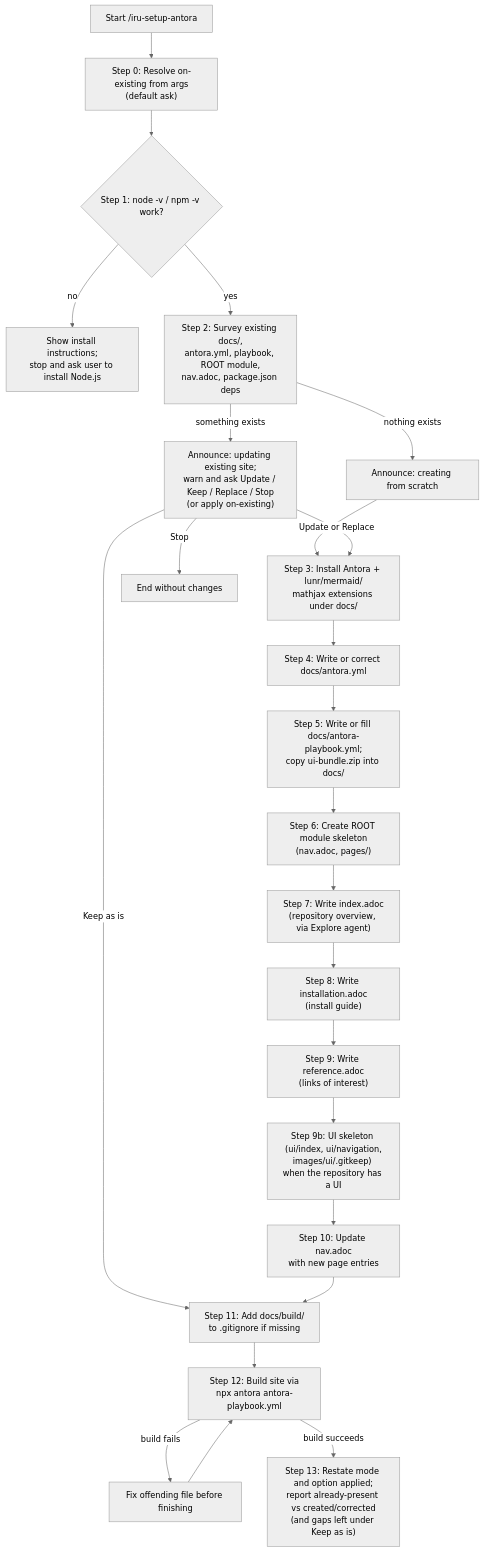
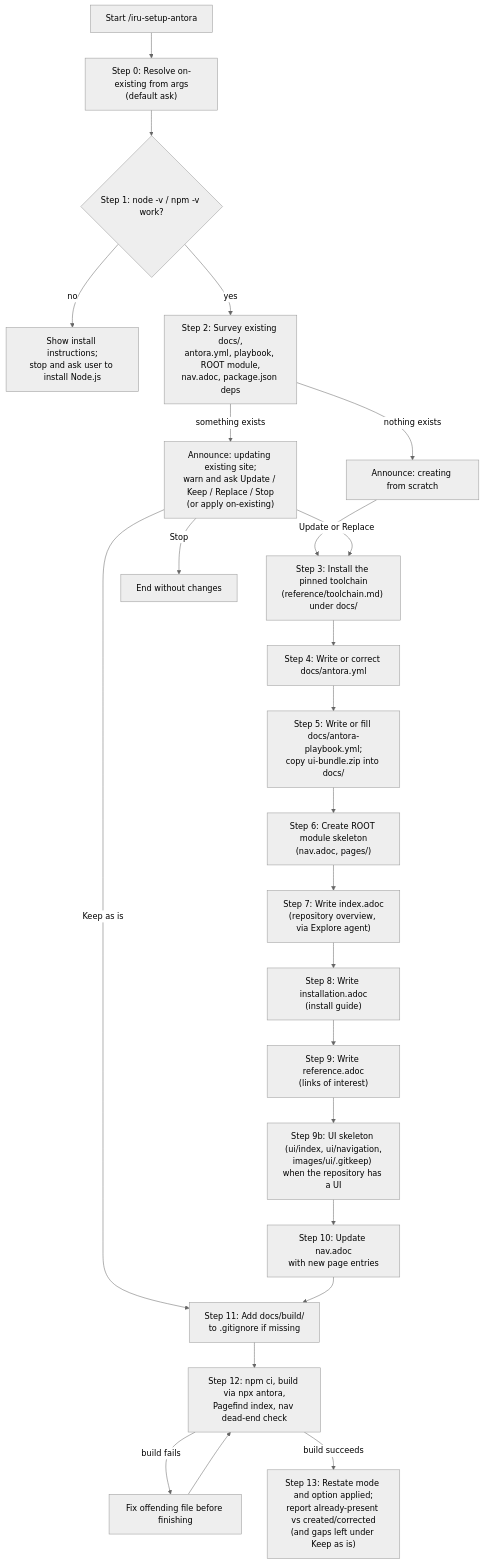
The diagram in docs/modules/ROOT/pages/skills/iru-setup-antora.adoc (albertoirurueta/ai-catalog), drawn with Mermaid (neutral theme) before and after one commit. The commit also changed other lines of this file and 6419 other files, not shown here.

First line of the commit message:
Update Antora setup to 3.2.2 (pinned, npm ci, Pagefind) and add an iru-update-antora skill (#35) (#36)

```diff
--- a/docs/modules/ROOT/pages/skills/iru-setup-antora.adoc
+++ b/docs/modules/ROOT/pages/skills/iru-setup-antora.adoc
@@ -96,27 +100,27 @@
 [mermaid]
 ....
 flowchart TD
     A[Start /iru-setup-antora] --> A0["Step 0: Resolve on-existing from args\n(default ask)"]
     A0 --> B{"Step 1: node -v / npm -v work?"}
     B -- no --> C["Show install instructions;\nstop and ask user to install Node.js"]
     B -- yes --> D["Step 2: Survey existing docs/,\nantora.yml, playbook, ROOT module,\nnav.adoc, package.json deps"]
     D -- nothing exists --> D1["Announce: creating from scratch"]
     D1 --> E
     D -- something exists --> D2["Announce: updating existing site;\nwarn and ask Update / Keep / Replace / Stop\n(or apply on-existing)"]
     D2 -- Stop --> Z["End without changes"]
     D2 -- Keep as is --> M
-    D2 -- Update or Replace --> E["Step 3: Install Antora + lunr/mermaid/\nmathjax extensions under docs/"]
+    D2 -- Update or Replace --> E["Step 3: Install the pinned toolchain\n(reference/toolchain.md) under docs/"]
     E --> F["Step 4: Write or correct docs/antora.yml"]
     F --> G["Step 5: Write or fill docs/antora-playbook.yml;\ncopy ui-bundle.zip into docs/"]
     G --> H["Step 6: Create ROOT module skeleton\n(nav.adoc, pages/)"]
     H --> I["Step 7: Write index.adoc\n(repository overview, via Explore agent)"]
     I --> J["Step 8: Write installation.adoc\n(install guide)"]
     J --> K["Step 9: Write reference.adoc\n(links of interest)"]
     K --> K2["Step 9b: UI skeleton (ui/index, ui/navigation,\nimages/ui/.gitkeep) when the repository has a UI"]
     K2 --> L["Step 10: Update nav.adoc\nwith new page entries"]
     L --> M["Step 11: Add docs/build/\nto .gitignore if missing"]
-    M --> N["Step 12: Build site via\nnpx antora antora-playbook.yml"]
+    M --> N["Step 12: npm ci, build via npx antora,\nPagefind index, nav dead-end check"]
     N -- build fails --> O[Fix offending file before finishing]
     O --> N
     N -- build succeeds --> P["Step 13: Restate mode and option applied;\nreport already-present vs created/corrected\n(and gaps left under Keep as is)"]
 ....
```
